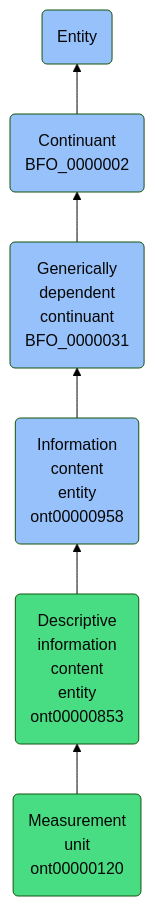
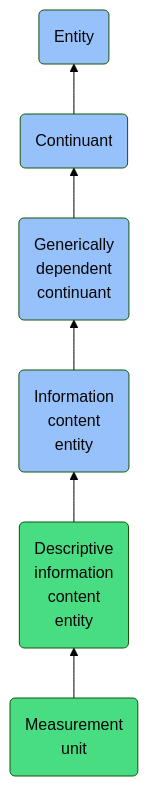
One commit to jupyter-naas/abi changed the diagram in docs/ontology/reference/model/Entity/Continuant/Generically dependent continuant/Information content entity/Descriptive information content entity/Measurement unit/Measurement unit.md. Above: the diagram before and after it, drawn with Mermaid (forest theme). The commit also changed other lines of this file and 1430 other files, not shown here.

````diff
--- a/docs/ontology/reference/model/Entity/Continuant/Generically dependent continuant/Information content entity/Descriptive information content entity/Measurement unit/Measurement unit.md
+++ b/docs/ontology/reference/model/Entity/Continuant/Generically dependent continuant/Information content entity/Descriptive information content entity/Measurement unit/Measurement unit.md
@@ -24,13 +24,13 @@
 ```mermaid
 graph BT
-    ont00000120(Measurement<br>unit<br>ont00000120):::ABI-->ont00000853
-    ont00000853(Descriptive<br>information<br>content<br>entity<br>ont00000853):::ABI-->ont00000958
-    ont00000958(Information<br>content<br>entity<br>ont00000958):::BFO-->BFO_0000031
-    BFO_0000031(Generically<br>dependent<br>continuant<br>BFO_0000031):::BFO-->BFO_0000002
-    BFO_0000002(Continuant<br>BFO_0000002):::BFO-->BFO_0000001
+    ont00000120(Measurement<br>unit):::ABI-->ont00000853
+    ont00000853(Descriptive<br>information<br>content<br>entity):::ABI-->ont00000958
+    ont00000958(Information<br>content<br>entity):::BFO-->BFO_0000031
+    BFO_0000031(Generically<br>dependent<br>continuant):::BFO-->BFO_0000002
+    BFO_0000002(Continuant):::BFO-->BFO_0000001
     BFO_0000001(Entity):::BFO
     
     classDef BFO fill:#97c1fb,color:#060606
     classDef CCO fill:#e4c51e,color:#060606
     classDef ABI fill:#48DD82,color:#060606
 ```
````
